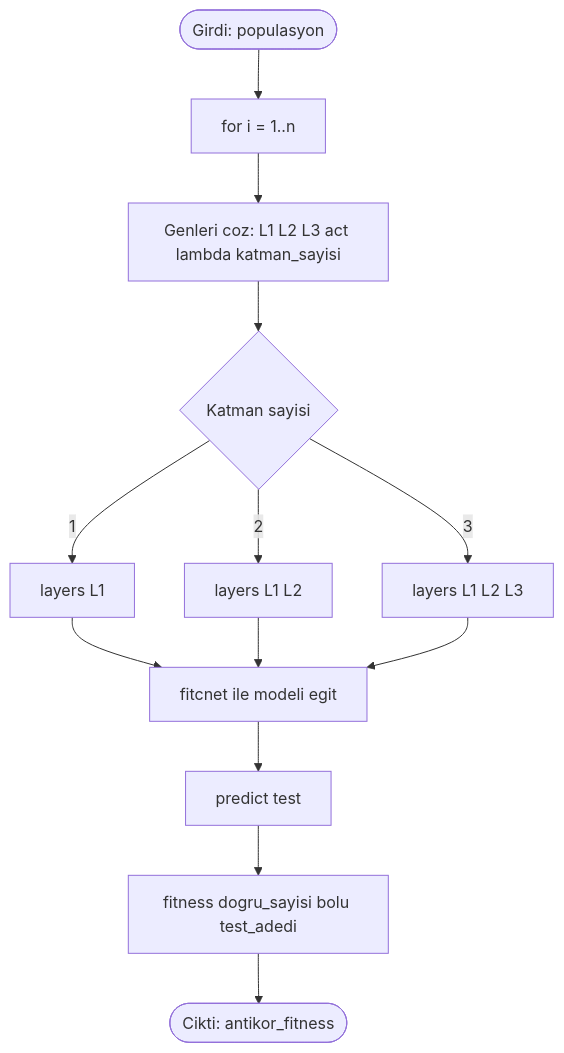
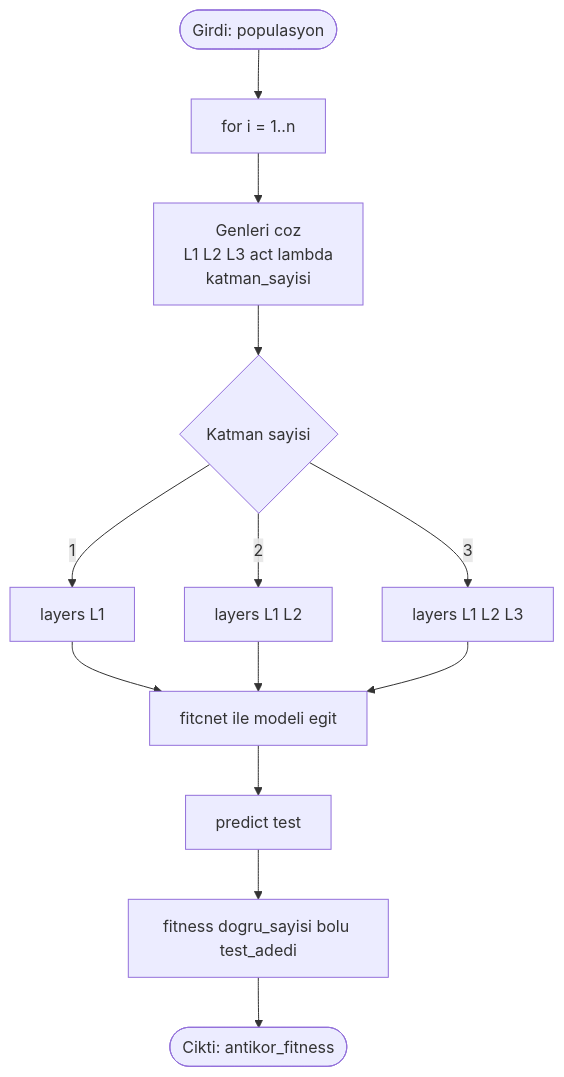
One commit to RamazanKaratut/Opt_Alg_2_Clonalg changed the second of 4 diagrams in akis_semasi.md. Above: the diagram before and after it, drawn with Mermaid. The commit also changed other lines of this file, not shown here.

````diff
--- a/akis_semasi.md
+++ b/akis_semasi.md
@@ -40,15 +40,15 @@
 ```mermaid
 flowchart TD
     A([Girdi: populasyon]) --> B[for i = 1..n]
-    B --> C[Genleri coz: L1 L2 L3 act lambda katman_sayisi]
+    B --> C[Genleri coz<br/>L1 L2 L3 act lambda<br/>katman_sayisi]
     C --> D{Katman sayisi}
     D -- 1 --> E[layers L1]
     D -- 2 --> F[layers L1 L2]
     D -- 3 --> G[layers L1 L2 L3]
     E --> H[fitcnet ile modeli egit]
     F --> H
     G --> H
     H --> I[predict test]
     I --> J[fitness dogru_sayisi bolu test_adedi]
     J --> K([Cikti: antikor_fitness])
 ```
````
